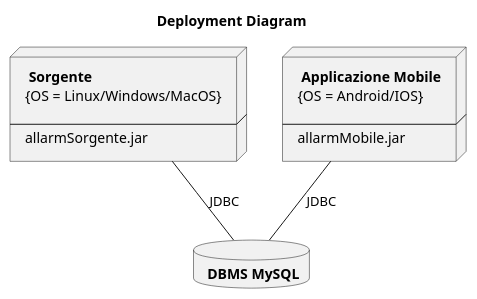
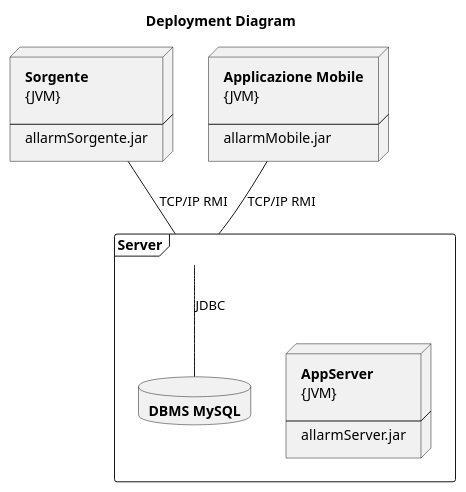
Before and after one commit to xFA25E/sweng_14_2019: the diagram in docs/diagrams/deployment.puml, drawn with PlantUML.

```diff
--- a/docs/diagrams/deployment.puml
+++ b/docs/diagrams/deployment.puml
@@ -1,26 +1,36 @@
 @startuml
 title Deployment Diagram
 
 node Sorgente  [
-<b> Sorgente
-{OS = Linux/Windows/MacOS}
+<b>Sorgente
+{JVM}
 
 ---
 allarmSorgente.jar
 ]
 
-node AppMobile [
-<b> Applicazione Mobile
-{OS = Android/IOS}
+node AppMobile[
+<b>Applicazione Mobile
+{JVM}
 
 ---
 allarmMobile.jar
 ]
 
-database DB [
-<b> DBMS MySQL
-]
+frame Server {
+    node Server [
+    <b>AppServer
+    {JVM}
 
-Sorgente -- DB : JDBC
-AppMobile -- DB : JDBC
+    ---
+    allarmServer.jar
+    ]
+    database DB [
+    <b>DBMS MySQL
+    ]
+}
+
+Sorgente -- Server : TCP/IP RMI
+AppMobile -- Server : TCP/IP RMI
+Server -- DB : JDBC
 @enduml
```
